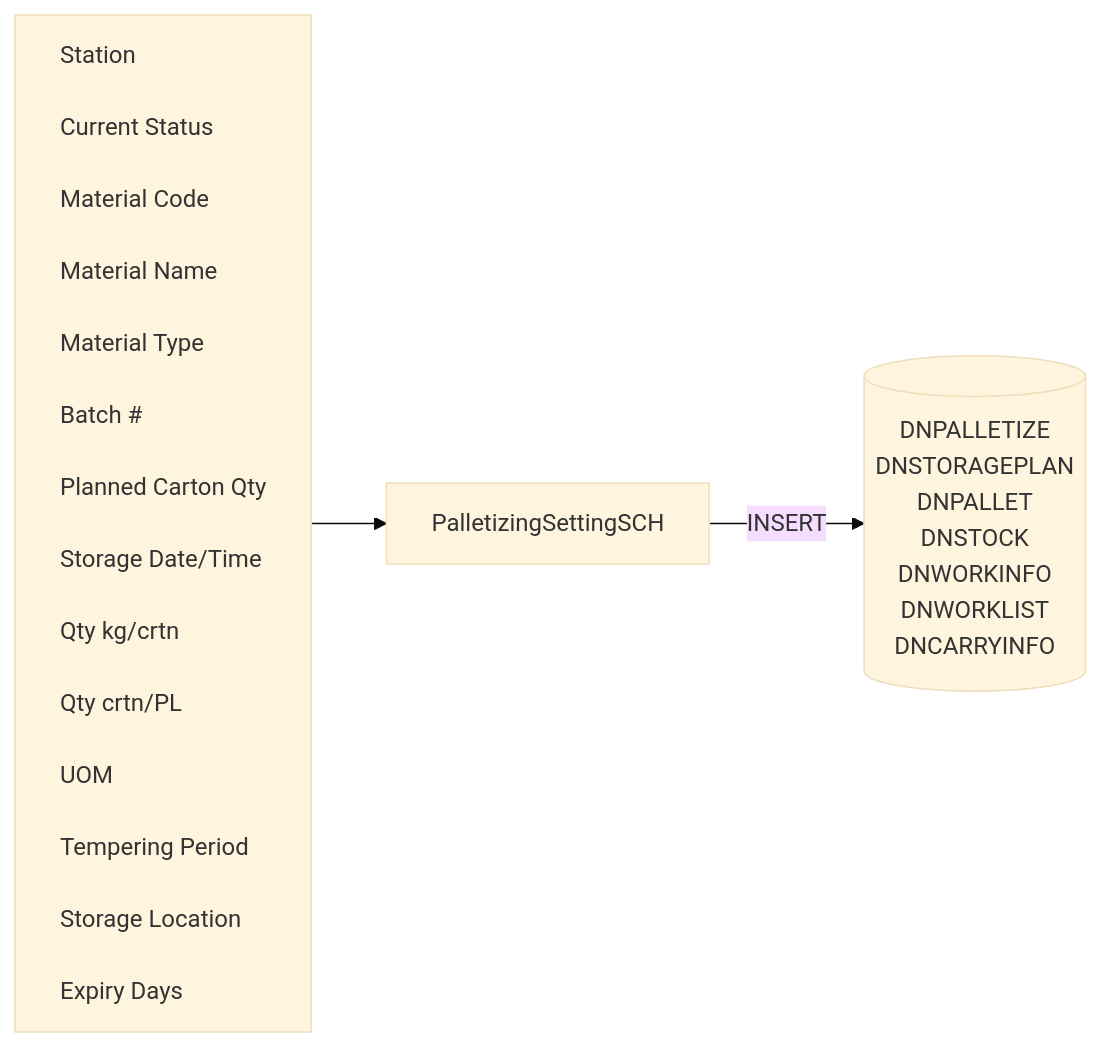
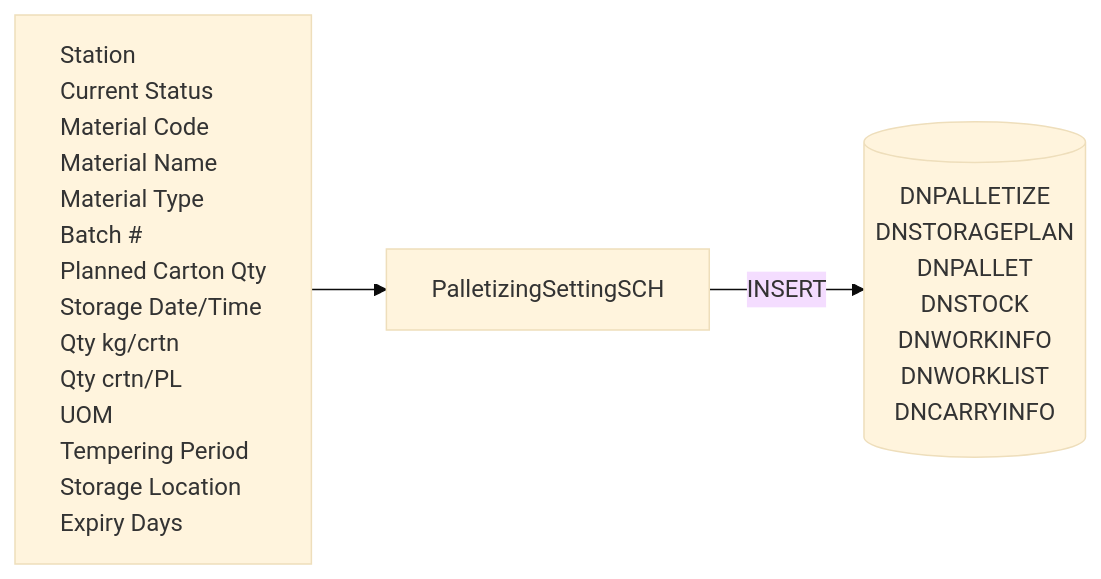
The first of 23 diagrams in Basic-Design/DFD-WMS/Storage/Palletizing-Settting/Palletize-Start.md (luthfiadityaa/SimeDarby-Wiki), drawn with Mermaid (base theme) before and after one commit.

Commit message:
Updated Palletize Start

```diff
--- a/Basic-Design/DFD-WMS/Storage/Palletizing-Settting/Palletize-Start.md
+++ b/Basic-Design/DFD-WMS/Storage/Palletizing-Settting/Palletize-Start.md
@@ -41,36 +41,36 @@
 ::: mermaid
 flowchart LR
     input[
-        Station<br>
-        Current Status<br>
-        Material Code<br>
-        Material Name<br>
-        Material Type<br>
-        Batch #<br>
-        Planned Carton Qty<br>
-        Storage Date/Time<br>
-        Qty kg/crtn<br>
-        Qty crtn/PL<br>
-        UOM<br>
-        Tempering Period<br>
-        Storage Location<br>
-        Expiry Days<br>
+        Station
+        Current Status
+        Material Code
+        Material Name
+        Material Type
+        Batch #
+        Planned Carton Qty
+        Storage Date/Time
+        Qty kg/crtn
+        Qty crtn/PL
+        UOM
+        Tempering Period
+        Storage Location
+        Expiry Days
     ]
 
     tableList-insert[("
         DNPALLETIZE
         DNSTORAGEPLAN
         DNPALLET
         DNSTOCK
         DNWORKINFO
         DNWORKLIST        
         DNCARRYINFO
     ")]
 
     className[PalletizingSettingSCH]
 
     input --> className --> |INSERT| tableList-insert
 
     classDef leftAlign text-align:left;
     class input leftAlign;
 :::
```
